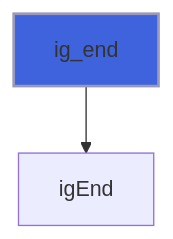
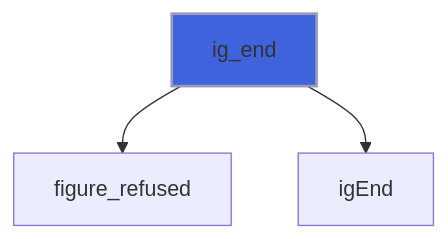
Before and after one commit to szaghi/figure: the second of 30 diagrams in docs/api/src/lib/figure_imgui.md, drawn with Mermaid. The commit also changed other lines of this file and 13 other files, not shown here.

````diff
--- a/docs/api/src/lib/figure_imgui.md
+++ b/docs/api/src/lib/figure_imgui.md
@@ -89,5 +89,6 @@
 ```mermaid
 flowchart TD
+  ig_end["ig_end"] --> figure_refused["figure_refused"]
   ig_end["ig_end"] --> igEnd["igEnd"]
   style ig_end fill:#3e63dd,stroke:#99b,stroke-width:2px
 ```
````
